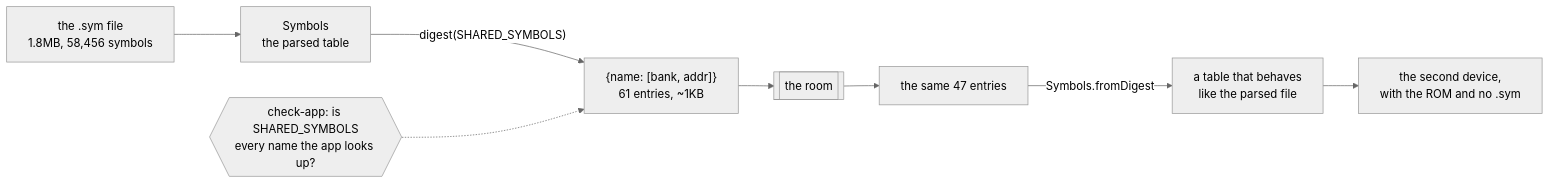
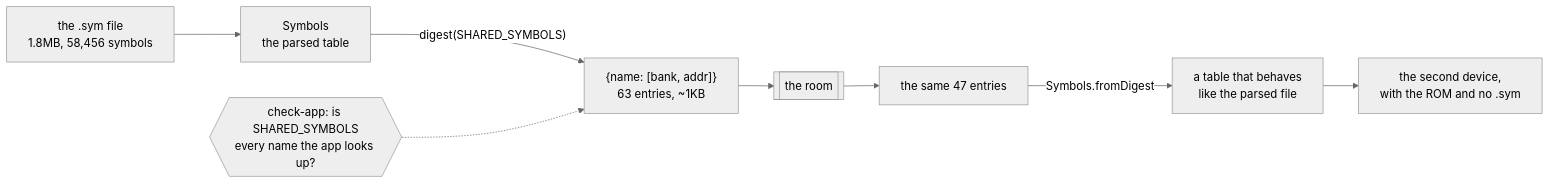
One commit to minormending/crystal-pilot-mobile changed diagram 46 of 47 in docs/CODE.md. Above: the diagram before and after it, drawn with Mermaid (neutral theme). The commit also changed other lines of this file and 16 other files, not shown here.

````diff
--- a/docs/CODE.md
+++ b/docs/CODE.md
@@ -5780,10 +5860,10 @@
 ```mermaid
 flowchart LR
     F["the .sym file<br/>1.8MB, 58,456 symbols"] --> S["Symbols<br/>the parsed table"]
-    S -->|"digest(SHARED_SYMBOLS)"| D["{name: [bank, addr]}<br/>61 entries, ~1KB"]
+    S -->|"digest(SHARED_SYMBOLS)"| D["{name: [bank, addr]}<br/>63 entries, ~1KB"]
     D --> R[["the room"]]
     R --> D2["the same 47 entries"]
     D2 -->|"Symbols.fromDigest"| T["a table that behaves<br/>like the parsed file"]
     T --> APP["the second device,<br/>with the ROM and no .sym"]
     C{{"check-app: is SHARED_SYMBOLS<br/>every name the app looks up?"}} -.-> D
 ```
````
